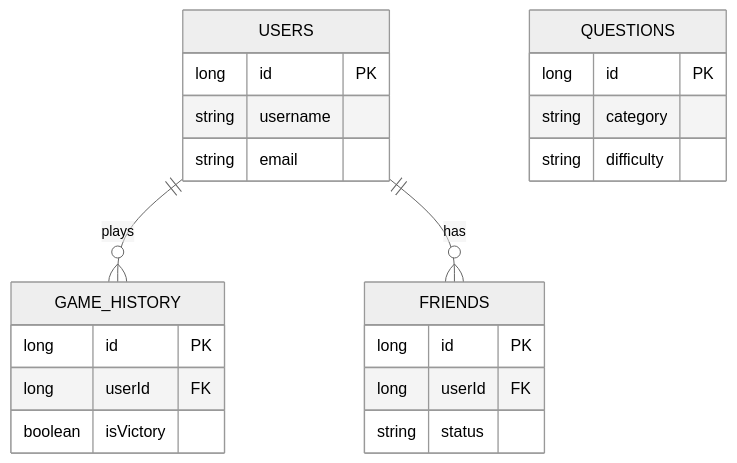
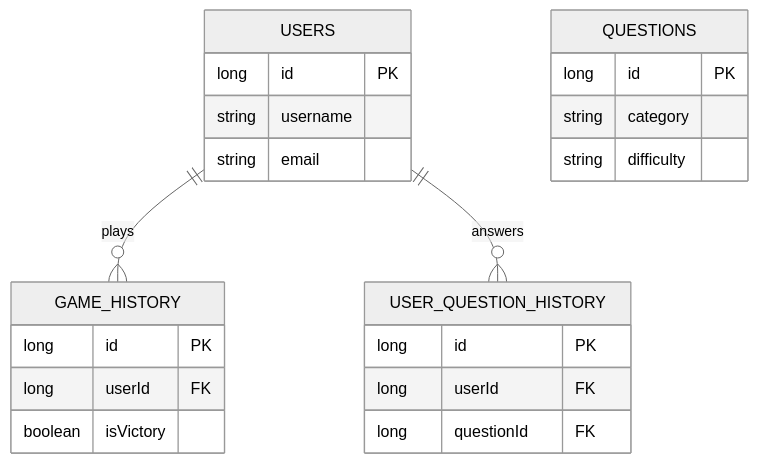
Before and after one commit to MythEclipse/QuizBattle: the diagram in docs/database_schema.md, drawn with Mermaid (neutral theme). The commit also changed other lines of this file and 83 other files, not shown here.

````diff
--- a/docs/database_schema.md
+++ b/docs/database_schema.md
@@ -86,29 +85,29 @@
 ```mermaid
 erDiagram
     USERS ||--o{ GAME_HISTORY : plays
-    USERS ||--o{ FRIENDS : has
+    USERS ||--o{ USER_QUESTION_HISTORY : answers
 
     USERS {
         long id PK
         string username
         string email
     }
 
     GAME_HISTORY {
         long id PK
         long userId FK
         boolean isVictory
     }
 
-    FRIENDS {
+    USER_QUESTION_HISTORY {
         long id PK
         long userId FK
-        string status
+        long questionId FK
     }
 
     QUESTIONS {
         long id PK
         string category
         string difficulty
     }
 ```
````
